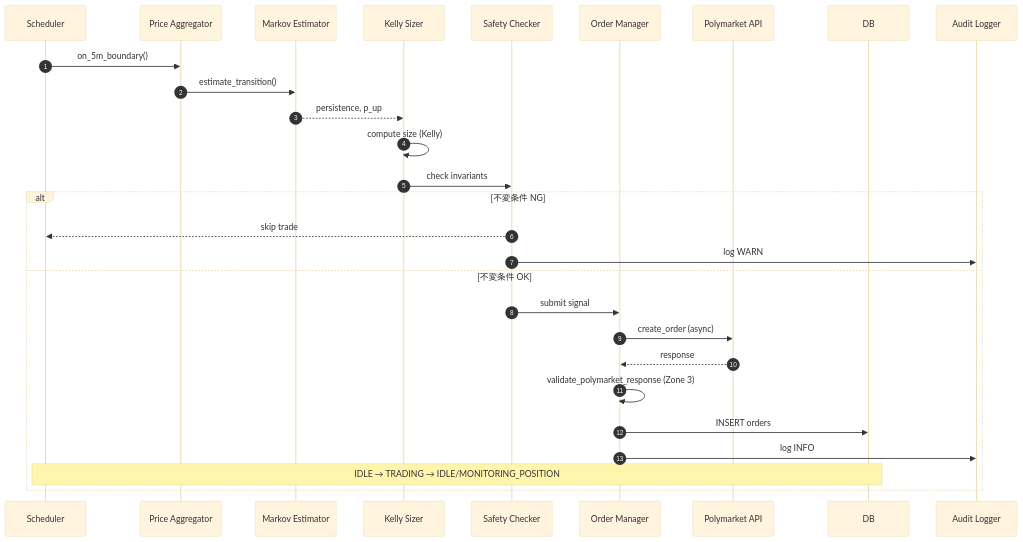
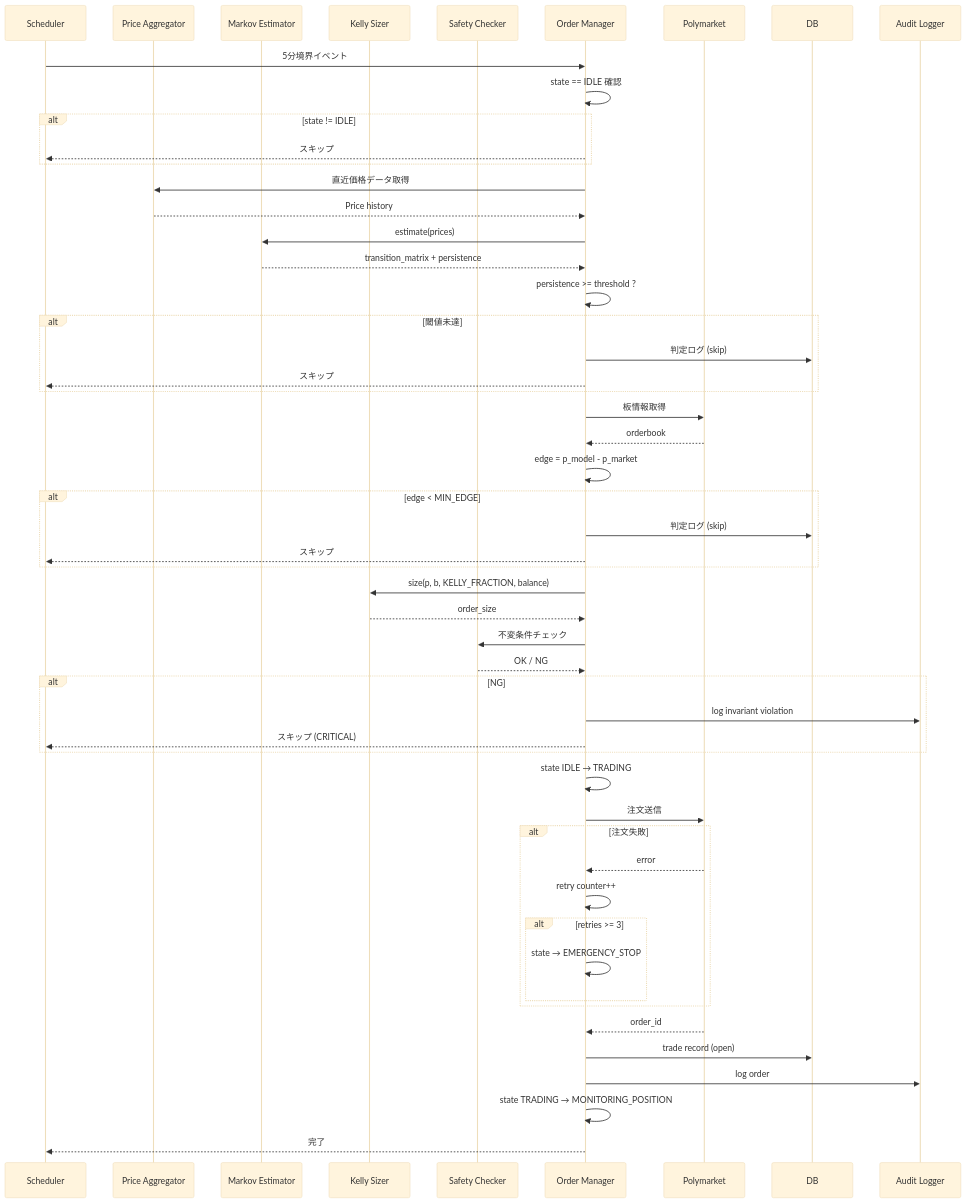
Before and after one commit to matrix9neonebuchadnezzar2199-sketch/YoRuu: the second of 7 diagrams in docs/design/06_sequence.md, drawn with Mermaid (base theme). The commit also changed other lines of this file and 8 other files, not shown here.

````diff
--- a/docs/design/06_sequence.md
+++ b/docs/design/06_sequence.md
@@ -52,31 +62,56 @@
 ```mermaid
 sequenceDiagram
-    autonumber
     participant SCH as Scheduler
     participant PA as Price Aggregator
-    participant MK as Markov Estimator
-    participant KL as Kelly Sizer
-    participant SF as Safety Checker
+    participant ME as Markov Estimator
+    participant KS as Kelly Sizer
+    participant SC as Safety Checker
     participant OM as Order Manager
-    participant PM as Polymarket API
-    participant DB as DB
-    participant AUD as Audit Logger
+    participant POLY as Polymarket
+    participant DB
+    participant AL as Audit Logger
 
-    SCH->>PA: on_5m_boundary()
-    PA->>MK: estimate_transition()
-    MK-->>KL: persistence, p_up
-    KL->>KL: compute size (Kelly)
-    KL->>SF: check invariants
-    alt 不変条件 NG
-        SF-->>SCH: skip trade
-        SF->>AUD: log WARN
-    else 不変条件 OK
-        SF->>OM: submit signal
-        OM->>PM: create_order (async)
-        PM-->>OM: response
-        OM->>OM: validate_polymarket_response (Zone 3)
-        OM->>DB: INSERT orders
-        OM->>AUD: log INFO
-        Note over SCH,DB: IDLE → TRADING → IDLE/MONITORING_POSITION
+    SCH->>OM: 5分境界イベント
+    OM->>OM: state == IDLE 確認
+    alt state != IDLE
+        OM-->>SCH: スキップ
     end
+    OM->>PA: 直近価格データ取得
+    PA-->>OM: Price history
+    OM->>ME: estimate(prices)
+    ME-->>OM: transition_matrix + persistence
+    OM->>OM: persistence >= threshold ?
+    alt 閾値未達
+        OM->>DB: 判定ログ (skip)
+        OM-->>SCH: スキップ
+    end
+    OM->>POLY: 板情報取得
+    POLY-->>OM: orderbook
+    OM->>OM: edge = p_model - p_market
+    alt edge < MIN_EDGE
+        OM->>DB: 判定ログ (skip)
+        OM-->>SCH: スキップ
+    end
+    OM->>KS: size(p, b, KELLY_FRACTION, balance)
+    KS-->>OM: order_size
+    OM->>SC: 不変条件チェック
+    SC-->>OM: OK / NG
+    alt NG
+        OM->>AL: log invariant violation
+        OM-->>SCH: スキップ (CRITICAL)
+    end
+    OM->>OM: state IDLE → TRADING
+    OM->>POLY: 注文送信
+    alt 注文失敗
+        POLY-->>OM: error
+        OM->>OM: retry counter++
+        alt retries >= 3
+            OM->>OM: state → EMERGENCY_STOP
+        end
+    end
+    POLY-->>OM: order_id
+    OM->>DB: trade record (open)
+    OM->>AL: log order
+    OM->>OM: state TRADING → MONITORING_POSITION
+    OM-->>SCH: 完了
 ```
````
